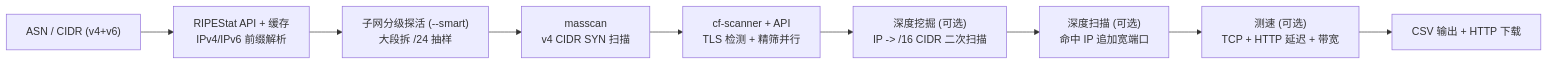
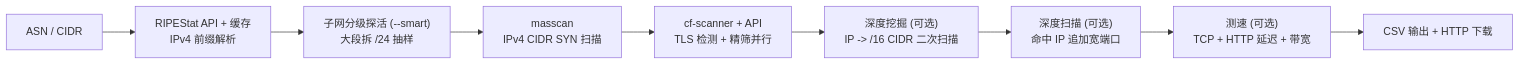
The diagram in README.md (xiaoqian-1001/ASNIPtest), drawn with Mermaid before and after one commit. The commit also changed other lines of this file and 4 other files, not shown here.

````diff
--- a/README.md
+++ b/README.md
@@ -121,11 +105,11 @@
 ```mermaid
 graph LR
-    A["ASN / CIDR (v4+v6)"] --> B["RIPEStat API + 缓存<br/>IPv4/IPv6 前缀解析"]
+    A["ASN / CIDR"] --> B["RIPEStat API + 缓存<br/>IPv4 前缀解析"]
     B --> C["子网分级探活 (--smart)<br/>大段拆 /24 抽样"]
-    C --> D["masscan<br/>v4 CIDR SYN 扫描"]
+    C --> D["masscan<br/>IPv4 CIDR SYN 扫描"]
     D --> E["cf-scanner + API<br/>TLS 检测 + 精筛并行"]
     E --> F["深度挖掘 (可选)<br/>IP -> /16 CIDR 二次扫描"]
     F --> G["深度扫描 (可选)<br/>命中 IP 追加宽端口"]
     G --> H["测速 (可选)<br/>TCP + HTTP 延迟 + 带宽"]
     H --> I["CSV 输出 + HTTP 下载"]
 ```
````
